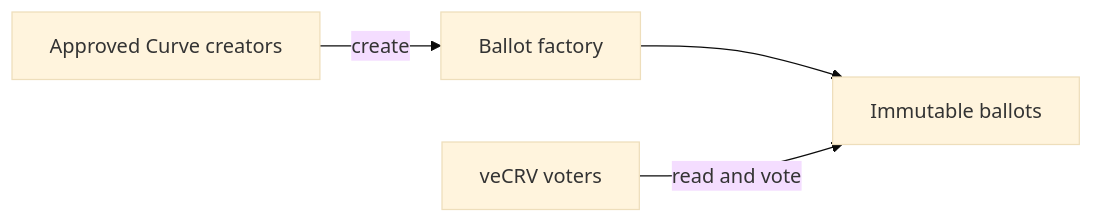
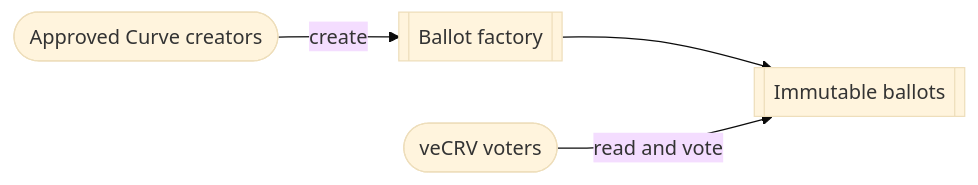
Before and after one commit to wavey0x/vecrv-choice-poll: the diagram in README.md, drawn with Mermaid (base theme). The commit also changed other lines of this file and 11 other files, not shown here.

````diff
--- a/README.md
+++ b/README.md
@@ -9,6 +9,6 @@
 ```mermaid
 flowchart LR
-    Creators[Approved Curve creators] -->|create| Factory[Ballot factory]
-    Factory --> Ballots[Immutable ballots]
-    Voters[veCRV voters] -->|read and vote| Ballots
+    Creators([Approved Curve creators]) -->|create| Factory[[Ballot factory]]
+    Factory --> Ballots[[Immutable ballots]]
+    Voters([veCRV voters]) -->|read and vote| Ballots
 ```
````
